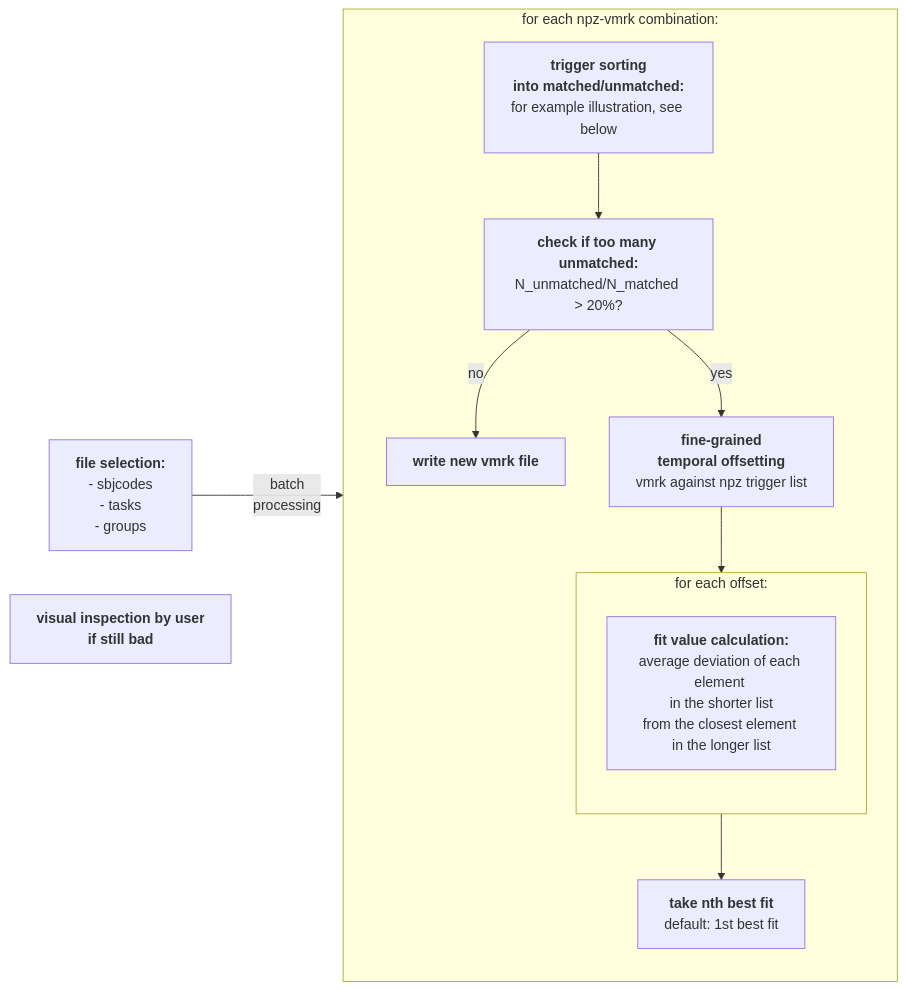
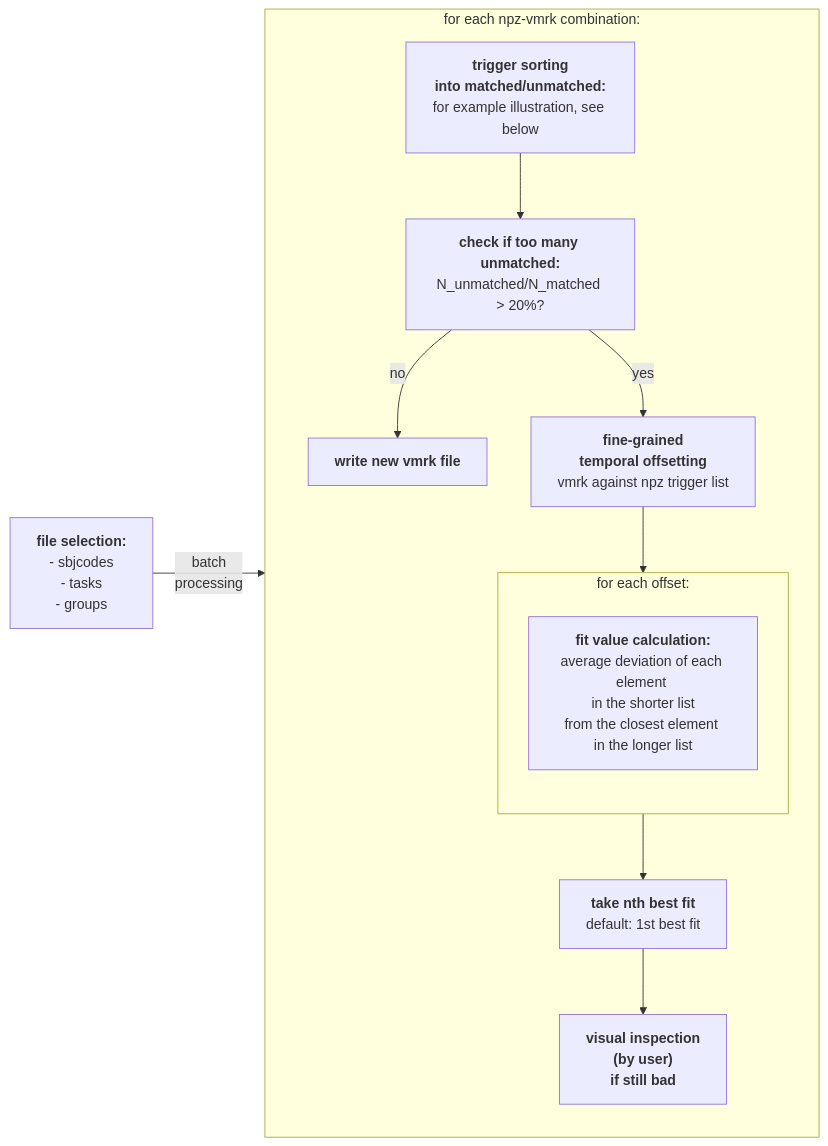
Before and after one commit to neuro-dream/Trigger-Fix: the diagram in README.md, drawn with Mermaid.

````diff
--- a/README.md
+++ b/README.md
@@ -6,35 +6,36 @@
 ```mermaid
 
 %% (function: <a href='https://github.com/neurodream/Trigger-Fix/blob/main/trigfix/trigger_compare_functions.py#L92'>apply_fix</a>)
 
 graph LR;
     A["<b>file selection:</b><br>- sbjcodes<br> - tasks<br> - groups"]
     B["<b>trigger sorting<br>into matched/unmatched:</b><br>for example illustration, see below"]
     C["<b>check if too many unmatched:</b><br>N_unmatched/N_matched > 20%?"]
     D["<b>fine-grained <br>temporal offsetting</b><br>vmrk against npz trigger list"]
     E["<b>fit value calculation:</b><br>average deviation of each element <br> in the shorter list <br>from the closest element <br>in the longer list"]
     F["<b>take nth best fit</b><br>default: 1st best fit"]
     G["<b>write new vmrk file</b>"]
-    H["<b>visual inspection by user <br>if still bad</b>"]
+    H["<b>visual inspection <br>(by user) <br>if still bad</b>"]
 
 subgraph for_each_file_comb["for each npz-vmrk combination:"]
     direction TB
     B-->C;
     C-->|no|G;
     C-->|yes|D;
     subgraph for_each_offset["for each offset:"]
         direction TB
         E
     end
     D-->for_each_offset;
     for_each_offset-->F;
+    F-->H;
 end
 
 
 
     A--"batch <br>processing"-->for_each_file_comb;
     
     %% A-->C;
     %% B-->D;
     %% C-->D;
 ```
````
